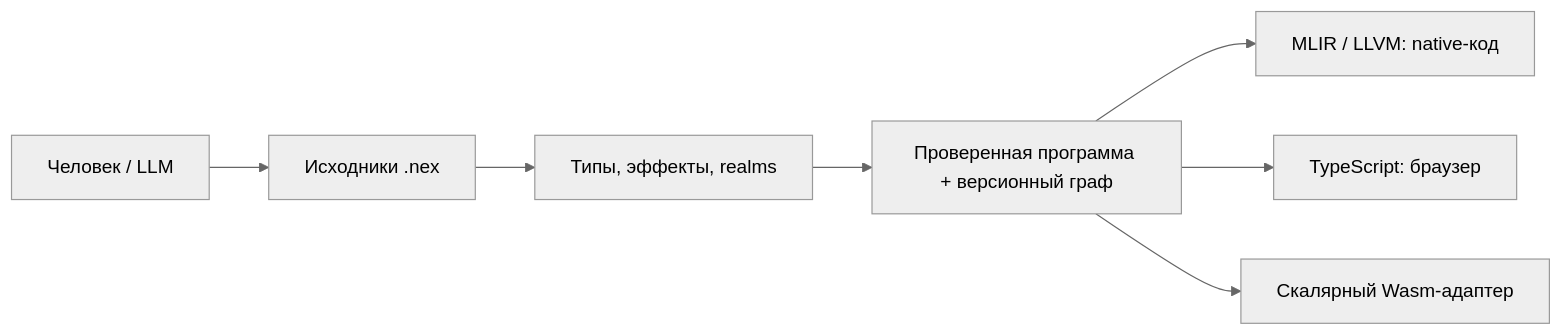
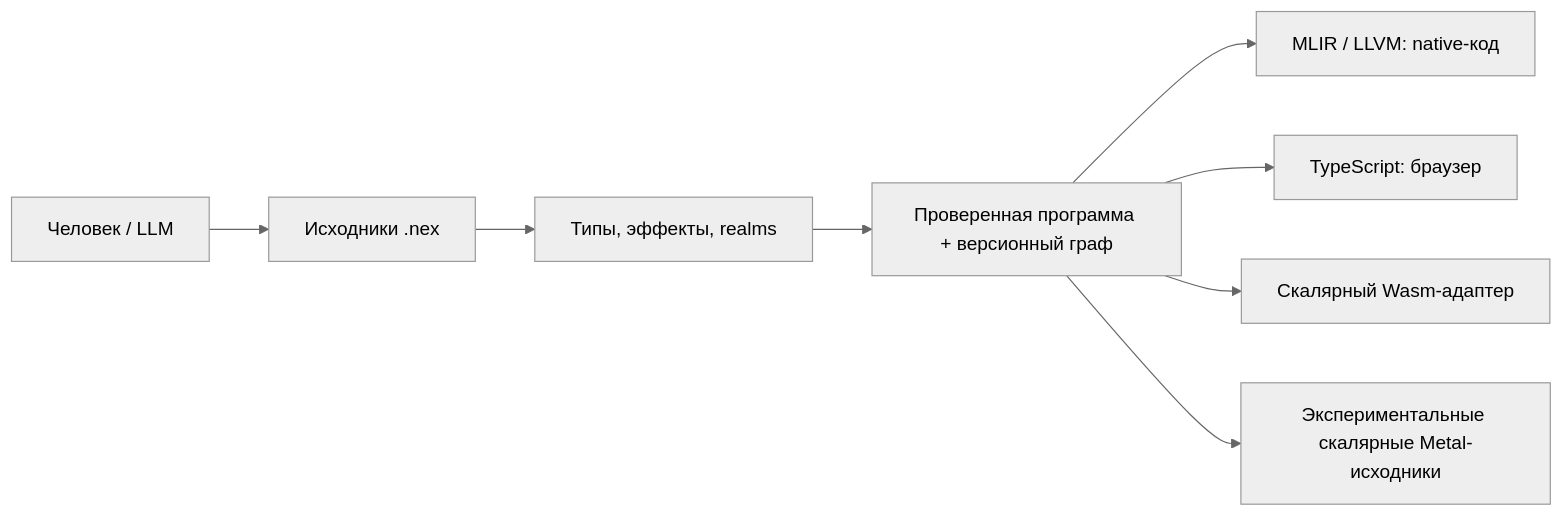
One commit to sae-ru/NEX changed the diagram in docs/overview.ru.md. Above: the diagram before and after it, drawn with Mermaid (neutral theme). The commit also changed other lines of this file and 10 other files, not shown here.

````diff
--- a/docs/overview.ru.md
+++ b/docs/overview.ru.md
@@ -44,9 +37,10 @@
 ```mermaid
 flowchart LR
     A["Человек / LLM"] --> B["Исходники .nex"]
     B --> C["Типы, эффекты, realms"]
     C --> D["Проверенная программа + версионный граф"]
     D --> E["MLIR / LLVM: native-код"]
     D --> F["TypeScript: браузер"]
     D --> G["Скалярный Wasm-адаптер"]
+    D --> H["Экспериментальные скалярные Metal-исходники"]
 ```
````
